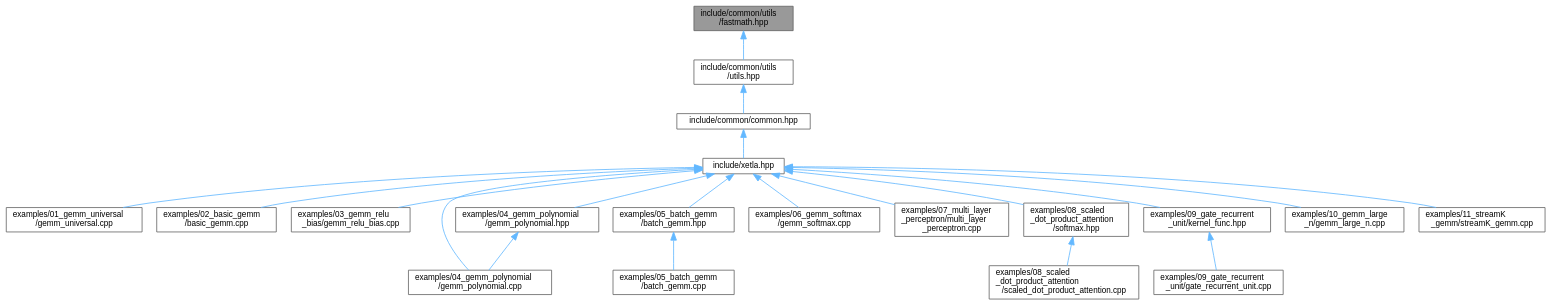
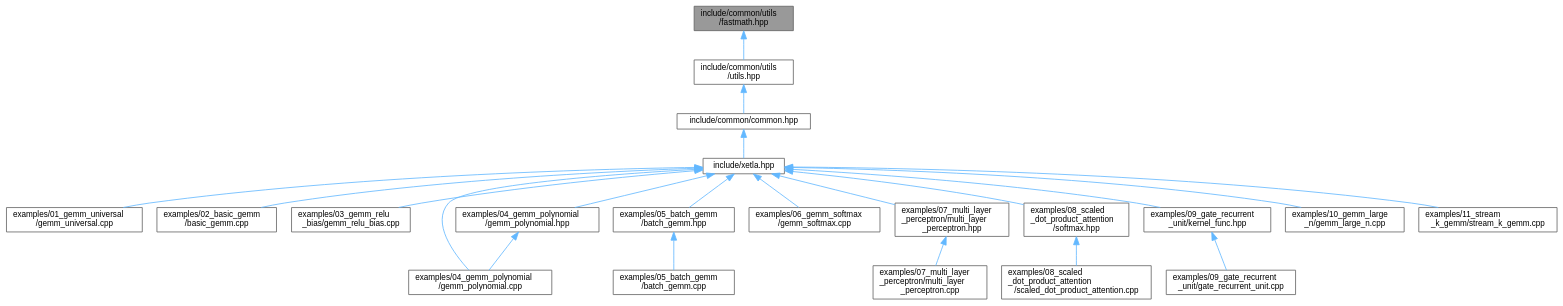
Before and after one commit to intel/xetla: the diagram in docs/fastmath_8hpp__dep__incl.dot, drawn with Graphviz. The commit also changed 5168 other files, not shown here.

```diff
--- a/docs/fastmath_8hpp__dep__incl.dot
+++ b/docs/fastmath_8hpp__dep__incl.dot
@@ -1,45 +1,47 @@
 digraph "include/common/utils/fastmath.hpp"
 {
  // LATEX_PDF_SIZE
   bgcolor="transparent";
   edge [fontname=Helvetica,fontsize=10,labelfontname=Helvetica,labelfontsize=10];
   node [fontname=Helvetica,fontsize=10,shape=box,height=0.2,width=0.4];
   Node1 [id="Node000001",label="include/common/utils\l/fastmath.hpp",height=0.2,width=0.4,color="gray40", fillcolor="grey60", style="filled", fontcolor="black",tooltip="C++ API."];
   Node1 -> Node2 [id="edge1_Node000001_Node000002",dir="back",color="steelblue1",style="solid",tooltip=" "];
   Node2 [id="Node000002",label="include/common/utils\l/utils.hpp",height=0.2,width=0.4,color="grey40", fillcolor="white", style="filled",URL="$utils_8hpp.html",tooltip=" "];
   Node2 -> Node3 [id="edge2_Node000002_Node000003",dir="back",color="steelblue1",style="solid",tooltip=" "];
   Node3 [id="Node000003",label="include/common/common.hpp",height=0.2,width=0.4,color="grey40", fillcolor="white", style="filled",URL="$common_2common_8hpp.html",tooltip="C++ API."];
   Node3 -> Node4 [id="edge3_Node000003_Node000004",dir="back",color="steelblue1",style="solid",tooltip=" "];
   Node4 [id="Node000004",label="include/xetla.hpp",height=0.2,width=0.4,color="grey40", fillcolor="white", style="filled",URL="$xetla_8hpp.html",tooltip="C++ API."];
   Node4 -> Node5 [id="edge4_Node000004_Node000005",dir="back",color="steelblue1",style="solid",tooltip=" "];
   Node5 [id="Node000005",label="examples/01_gemm_universal\l/gemm_universal.cpp",height=0.2,width=0.4,color="grey40", fillcolor="white", style="filled",URL="$gemm__universal_8cpp.html",tooltip=" "];
   Node4 -> Node6 [id="edge5_Node000004_Node000006",dir="back",color="steelblue1",style="solid",tooltip=" "];
   Node6 [id="Node000006",label="examples/02_basic_gemm\l/basic_gemm.cpp",height=0.2,width=0.4,color="grey40", fillcolor="white", style="filled",URL="$basic__gemm_8cpp.html",tooltip=" "];
   Node4 -> Node7 [id="edge6_Node000004_Node000007",dir="back",color="steelblue1",style="solid",tooltip=" "];
   Node7 [id="Node000007",label="examples/03_gemm_relu\l_bias/gemm_relu_bias.cpp",height=0.2,width=0.4,color="grey40", fillcolor="white", style="filled",URL="$gemm__relu__bias_8cpp.html",tooltip=" "];
   Node4 -> Node8 [id="edge7_Node000004_Node000008",dir="back",color="steelblue1",style="solid",tooltip=" "];
   Node8 [id="Node000008",label="examples/04_gemm_polynomial\l/gemm_polynomial.cpp",height=0.2,width=0.4,color="grey40", fillcolor="white", style="filled",URL="$gemm__polynomial_8cpp.html",tooltip=" "];
   Node4 -> Node9 [id="edge8_Node000004_Node000009",dir="back",color="steelblue1",style="solid",tooltip=" "];
   Node9 [id="Node000009",label="examples/04_gemm_polynomial\l/gemm_polynomial.hpp",height=0.2,width=0.4,color="grey40", fillcolor="white", style="filled",URL="$gemm__polynomial_8hpp.html",tooltip=" "];
   Node9 -> Node8 [id="edge9_Node000009_Node000008",dir="back",color="steelblue1",style="solid",tooltip=" "];
   Node4 -> Node10 [id="edge10_Node000004_Node000010",dir="back",color="steelblue1",style="solid",tooltip=" "];
   Node10 [id="Node000010",label="examples/05_batch_gemm\l/batch_gemm.hpp",height=0.2,width=0.4,color="grey40", fillcolor="white", style="filled",URL="$batch__gemm_8hpp.html",tooltip="C++ API."];
   Node10 -> Node11 [id="edge11_Node000010_Node000011",dir="back",color="steelblue1",style="solid",tooltip=" "];
   Node11 [id="Node000011",label="examples/05_batch_gemm\l/batch_gemm.cpp",height=0.2,width=0.4,color="grey40", fillcolor="white", style="filled",URL="$batch__gemm_8cpp.html",tooltip=" "];
   Node4 -> Node12 [id="edge12_Node000004_Node000012",dir="back",color="steelblue1",style="solid",tooltip=" "];
   Node12 [id="Node000012",label="examples/06_gemm_softmax\l/gemm_softmax.cpp",height=0.2,width=0.4,color="grey40", fillcolor="white", style="filled",URL="$gemm__softmax_8cpp.html",tooltip=" "];
   Node4 -> Node13 [id="edge13_Node000004_Node000013",dir="back",color="steelblue1",style="solid",tooltip=" "];
-  Node13 [id="Node000013",label="examples/07_multi_layer\l_perceptron/multi_layer\l_perceptron.cpp",height=0.2,width=0.4,color="grey40", fillcolor="white", style="filled",URL="$multi__layer__perceptron_8cpp.html",tooltip=" "];
-  Node4 -> Node14 [id="edge14_Node000004_Node000014",dir="back",color="steelblue1",style="solid",tooltip=" "];
-  Node14 [id="Node000014",label="examples/08_scaled\l_dot_product_attention\l/softmax.hpp",height=0.2,width=0.4,color="grey40", fillcolor="white", style="filled",URL="$examples_208__scaled__dot__product__attention_2softmax_8hpp.html",tooltip=" "];
-  Node14 -> Node15 [id="edge15_Node000014_Node000015",dir="back",color="steelblue1",style="solid",tooltip=" "];
-  Node15 [id="Node000015",label="examples/08_scaled\l_dot_product_attention\l/scaled_dot_product_attention.cpp",height=0.2,width=0.4,color="grey40", fillcolor="white", style="filled",URL="$scaled__dot__product__attention_8cpp.html",tooltip=" "];
-  Node4 -> Node16 [id="edge16_Node000004_Node000016",dir="back",color="steelblue1",style="solid",tooltip=" "];
-  Node16 [id="Node000016",label="examples/09_gate_recurrent\l_unit/kernel_func.hpp",height=0.2,width=0.4,color="grey40", fillcolor="white", style="filled",URL="$kernel__func_8hpp.html",tooltip=" "];
-  Node16 -> Node17 [id="edge17_Node000016_Node000017",dir="back",color="steelblue1",style="solid",tooltip=" "];
-  Node17 [id="Node000017",label="examples/09_gate_recurrent\l_unit/gate_recurrent_unit.cpp",height=0.2,width=0.4,color="grey40", fillcolor="white", style="filled",URL="$gate__recurrent__unit_8cpp.html",tooltip=" "];
-  Node4 -> Node18 [id="edge18_Node000004_Node000018",dir="back",color="steelblue1",style="solid",tooltip=" "];
-  Node18 [id="Node000018",label="examples/10_gemm_large\l_n/gemm_large_n.cpp",height=0.2,width=0.4,color="grey40", fillcolor="white", style="filled",URL="$gemm__large__n_8cpp.html",tooltip=" "];
+  Node13 [id="Node000013",label="examples/07_multi_layer\l_perceptron/multi_layer\l_perceptron.hpp",height=0.2,width=0.4,color="grey40", fillcolor="white", style="filled",URL="$multi__layer__perceptron_8hpp.html",tooltip="C++ API."];
+  Node13 -> Node14 [id="edge14_Node000013_Node000014",dir="back",color="steelblue1",style="solid",tooltip=" "];
+  Node14 [id="Node000014",label="examples/07_multi_layer\l_perceptron/multi_layer\l_perceptron.cpp",height=0.2,width=0.4,color="grey40", fillcolor="white", style="filled",URL="$multi__layer__perceptron_8cpp.html",tooltip=" "];
+  Node4 -> Node15 [id="edge15_Node000004_Node000015",dir="back",color="steelblue1",style="solid",tooltip=" "];
+  Node15 [id="Node000015",label="examples/08_scaled\l_dot_product_attention\l/softmax.hpp",height=0.2,width=0.4,color="grey40", fillcolor="white", style="filled",URL="$examples_208__scaled__dot__product__attention_2softmax_8hpp.html",tooltip=" "];
+  Node15 -> Node16 [id="edge16_Node000015_Node000016",dir="back",color="steelblue1",style="solid",tooltip=" "];
+  Node16 [id="Node000016",label="examples/08_scaled\l_dot_product_attention\l/scaled_dot_product_attention.cpp",height=0.2,width=0.4,color="grey40", fillcolor="white", style="filled",URL="$scaled__dot__product__attention_8cpp.html",tooltip=" "];
+  Node4 -> Node17 [id="edge17_Node000004_Node000017",dir="back",color="steelblue1",style="solid",tooltip=" "];
+  Node17 [id="Node000017",label="examples/09_gate_recurrent\l_unit/kernel_func.hpp",height=0.2,width=0.4,color="grey40", fillcolor="white", style="filled",URL="$kernel__func_8hpp.html",tooltip=" "];
+  Node17 -> Node18 [id="edge18_Node000017_Node000018",dir="back",color="steelblue1",style="solid",tooltip=" "];
+  Node18 [id="Node000018",label="examples/09_gate_recurrent\l_unit/gate_recurrent_unit.cpp",height=0.2,width=0.4,color="grey40", fillcolor="white", style="filled",URL="$gate__recurrent__unit_8cpp.html",tooltip=" "];
   Node4 -> Node19 [id="edge19_Node000004_Node000019",dir="back",color="steelblue1",style="solid",tooltip=" "];
-  Node19 [id="Node000019",label="examples/11_streamK\l_gemm/streamK_gemm.cpp",height=0.2,width=0.4,color="grey40", fillcolor="white", style="filled",URL="$streamK__gemm_8cpp.html",tooltip=" "];
+  Node19 [id="Node000019",label="examples/10_gemm_large\l_n/gemm_large_n.cpp",height=0.2,width=0.4,color="grey40", fillcolor="white", style="filled",URL="$gemm__large__n_8cpp.html",tooltip=" "];
+  Node4 -> Node20 [id="edge20_Node000004_Node000020",dir="back",color="steelblue1",style="solid",tooltip=" "];
+  Node20 [id="Node000020",label="examples/11_stream\l_k_gemm/stream_k_gemm.cpp",height=0.2,width=0.4,color="grey40", fillcolor="white", style="filled",URL="$stream__k__gemm_8cpp.html",tooltip=" "];
 }
```
